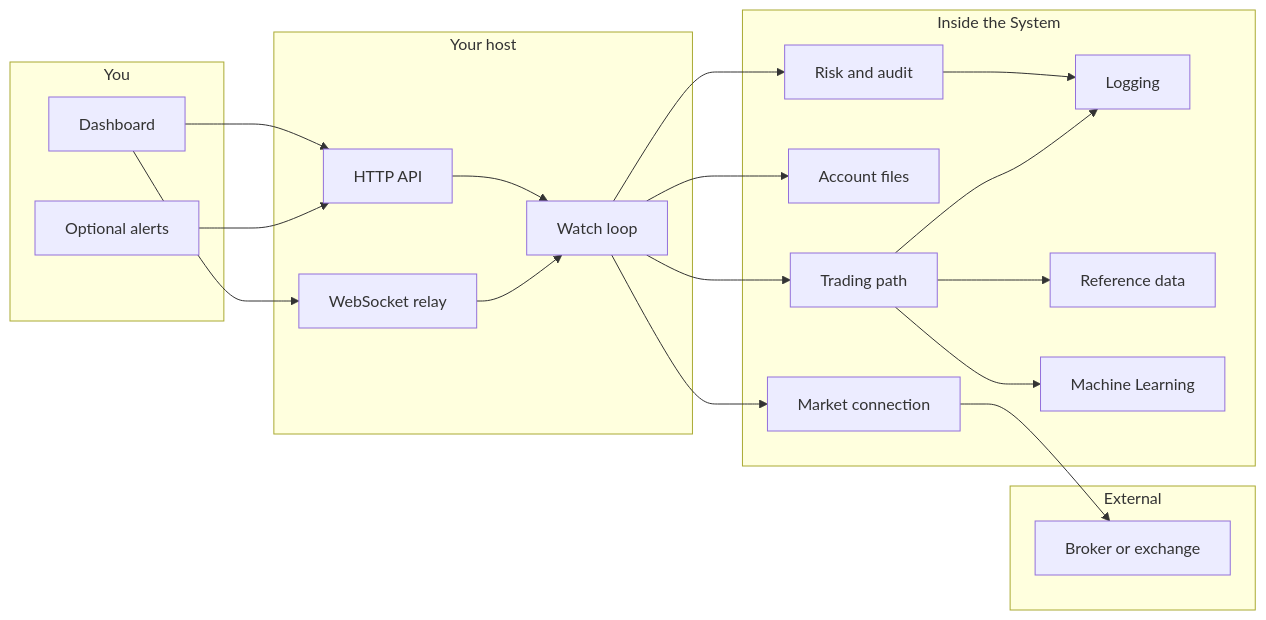
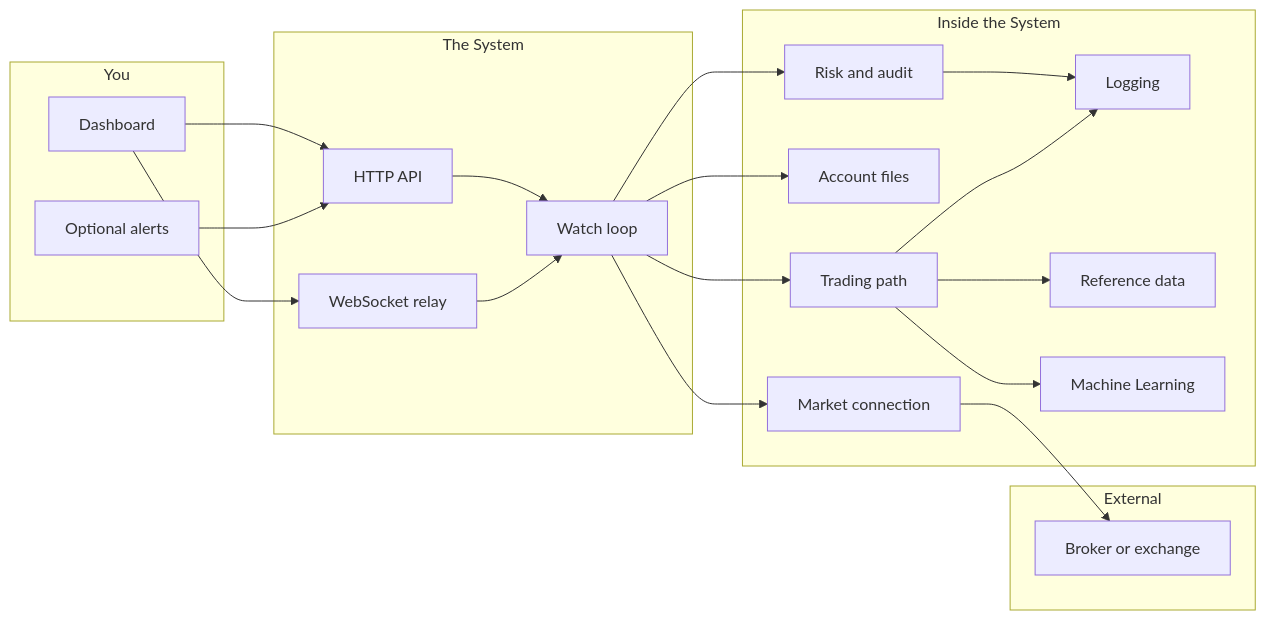
The second of 2 diagrams in ARCHITECTURE.md (idekire-oss/holy-grail-automated-trading-docs), drawn with Mermaid before and after one commit. The commit also changed other lines of this file and 2 other files, not shown here.

````diff
--- a/ARCHITECTURE.md
+++ b/ARCHITECTURE.md
@@ -42,36 +42,36 @@
 ```mermaid
 flowchart LR
   subgraph You
     WEB[Dashboard]
     BOT[Optional alerts]
   end
 
-  subgraph App["Your host"]
+  subgraph App["The System"]
     API[HTTP API]
     WS[WebSocket relay]
     ORCH[Watch loop]
   end
 
   subgraph Core["Inside the System"]
     CONN[Market connection]
     CFG[Account files]
     TRD[Trading path]
     SEC[Risk and audit]
     LOG[Logging]
     AUX[Reference data]
     ML[Machine Learning]
   end
 
   subgraph External
     EX[Broker or exchange]
   end
 
   WEB --> API & WS
   BOT --> API
   API & WS --> ORCH
   ORCH --> CONN & CFG & TRD & SEC
   TRD --> ML & AUX
   CONN --> EX
   SEC --> LOG
   TRD --> LOG
 ```
````
